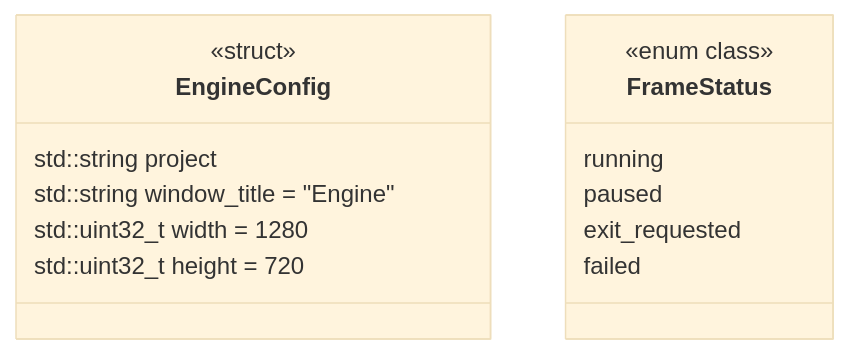
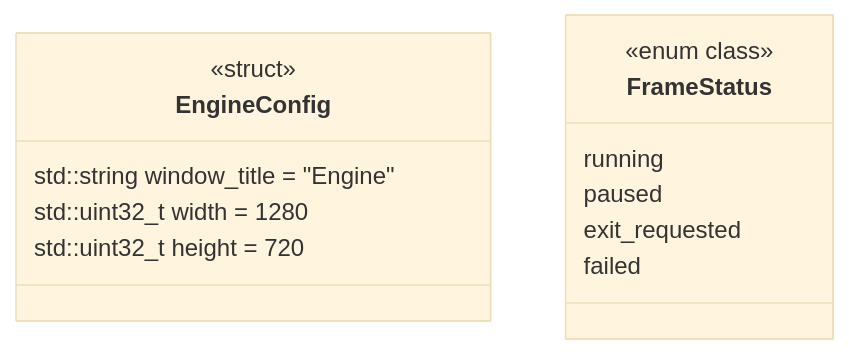
One commit to lcals/Engine changed the diagram in docs/class-diagrams/types.md. Above: the diagram before and after it, drawn with Mermaid (base theme). The commit also changed other lines of this file and 63 other files, not shown here.

````diff
--- a/docs/class-diagrams/types.md
+++ b/docs/class-diagrams/types.md
@@ -7,18 +7,17 @@
 ```mermaid
 classDiagram
     direction TB
     class EngineConfig {
         <<struct>>
-        std::string project
         std::string window_title = "Engine"
         std::uint32_t width = 1280
         std::uint32_t height = 720
     }
     class FrameStatus {
         <<enum class>>
         running
         paused
         exit_requested
         failed
     }
 ```
````
